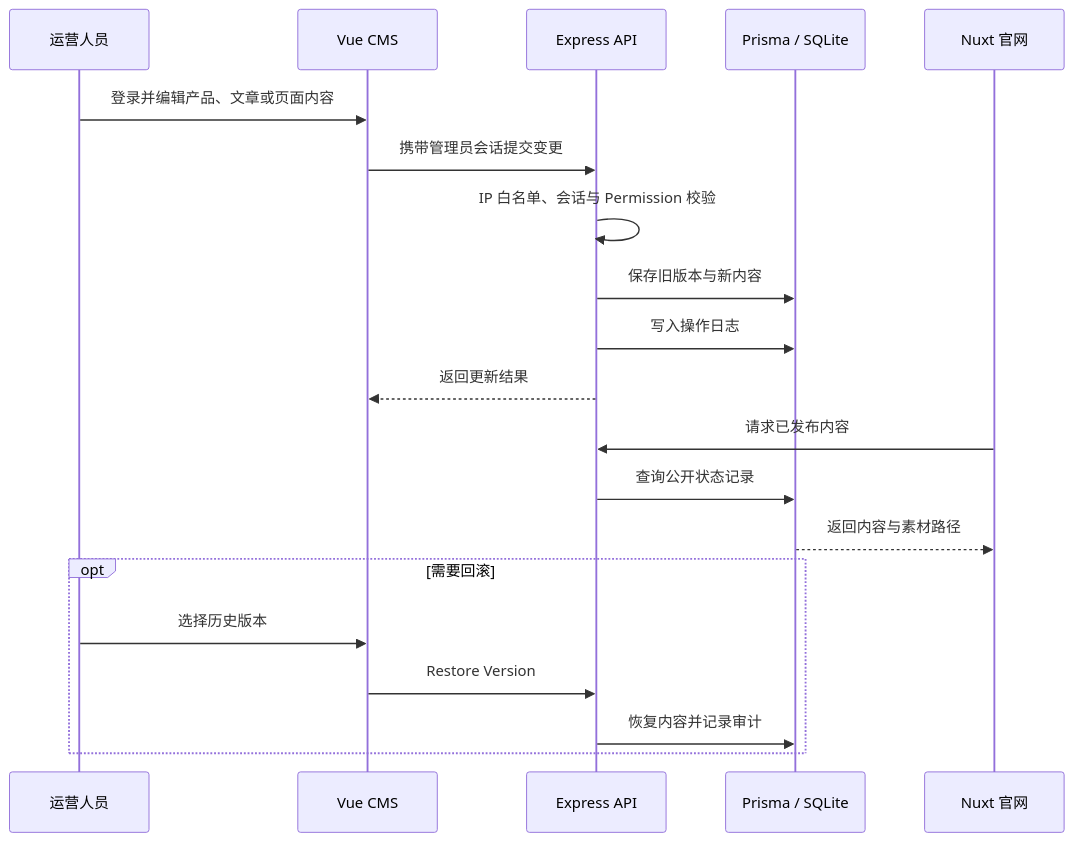
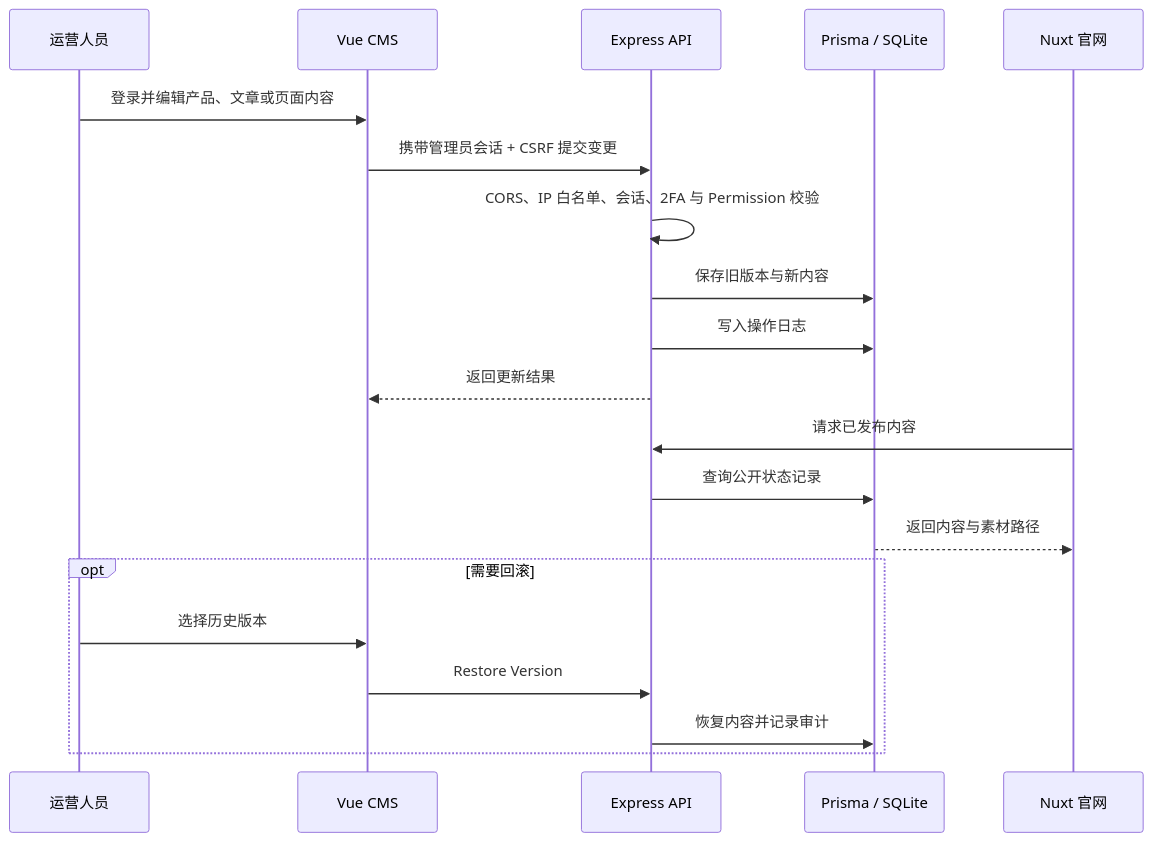
Before and after one commit to 728792899-create/hushi-wind-website: the second of 5 diagrams in docs/architecture.md, drawn with Mermaid. The commit also changed other lines of this file and 97 other files, not shown here.

````diff
--- a/docs/architecture.md
+++ b/docs/architecture.md
@@ -47,23 +60,23 @@
 ```mermaid
 sequenceDiagram
   participant O as 运营人员
   participant A as Vue CMS
   participant API as Express API
   participant DB as Prisma / SQLite
   participant W as Nuxt 官网
 
   O->>A: 登录并编辑产品、文章或页面内容
-  A->>API: 携带管理员会话提交变更
-  API->>API: IP 白名单、会话与 Permission 校验
+  A->>API: 携带管理员会话 + CSRF 提交变更
+  API->>API: CORS、IP 白名单、会话、2FA 与 Permission 校验
   API->>DB: 保存旧版本与新内容
   API->>DB: 写入操作日志
   API-->>A: 返回更新结果
   W->>API: 请求已发布内容
   API->>DB: 查询公开状态记录
   DB-->>W: 返回内容与素材路径
   opt 需要回滚
     O->>A: 选择历史版本
     A->>API: Restore Version
     API->>DB: 恢复内容并记录审计
   end
 ```
````
